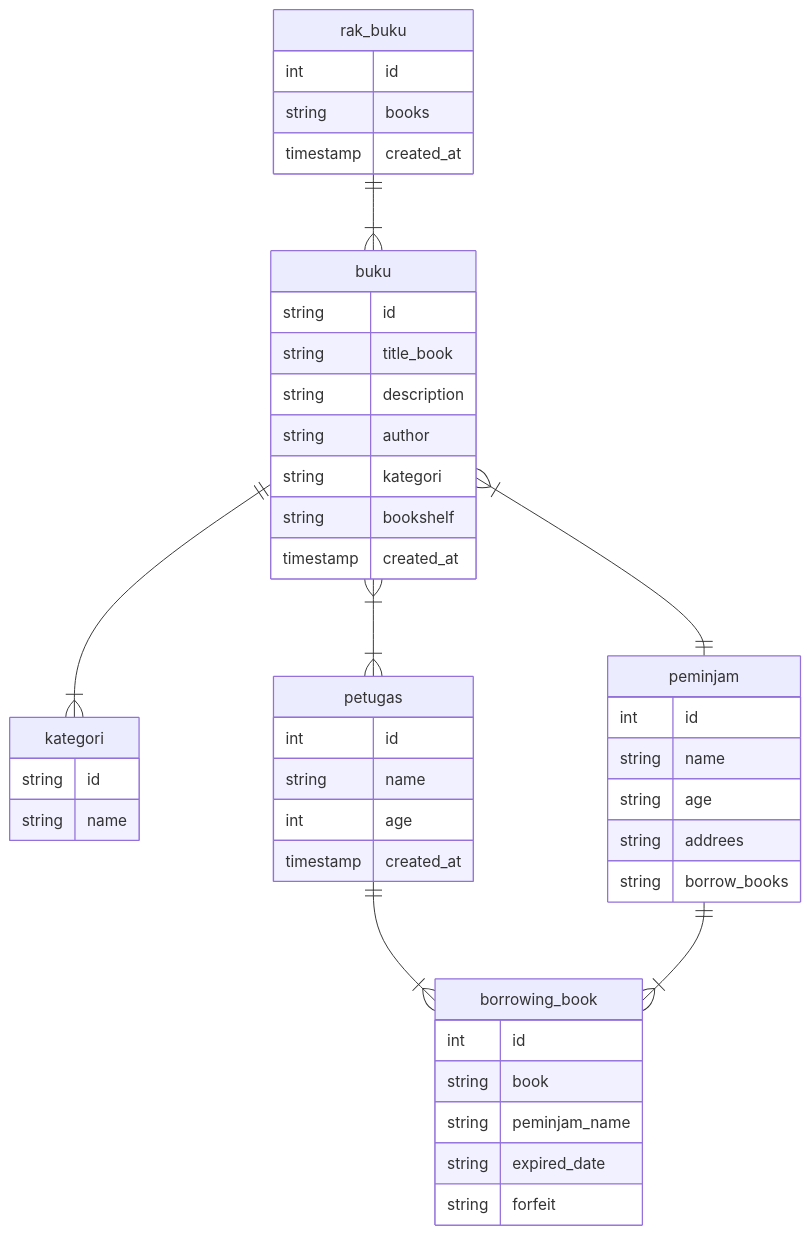
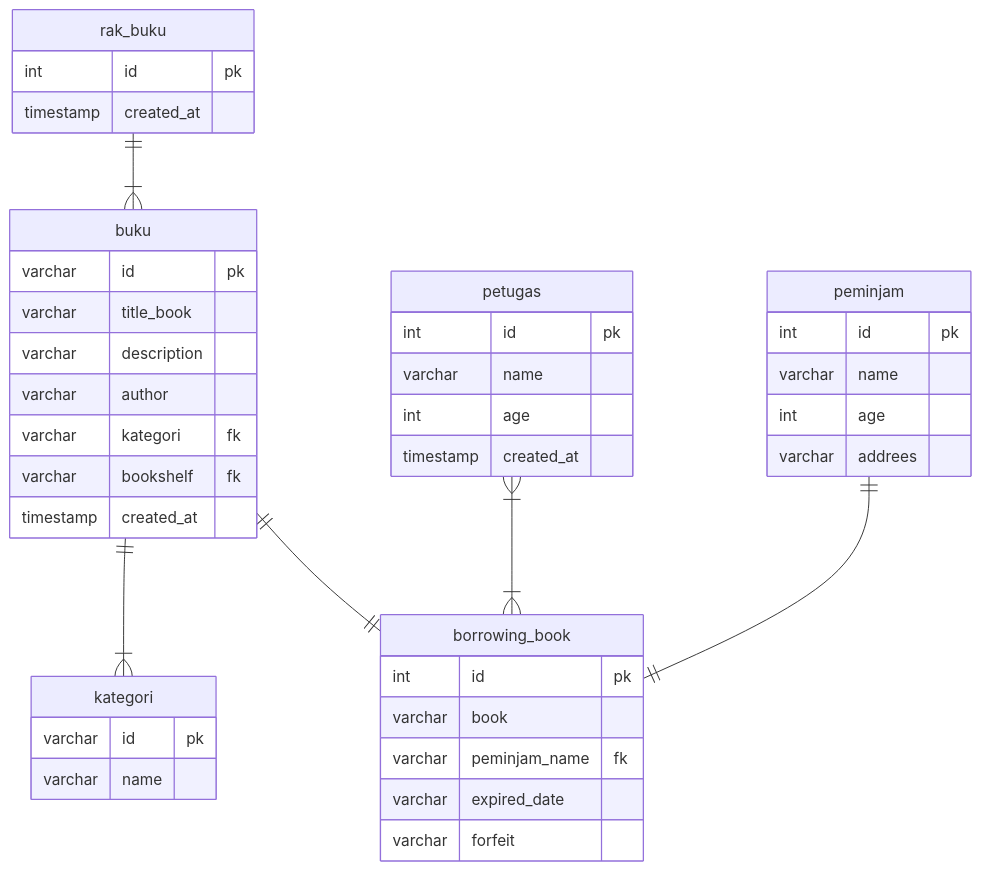
The diagram in README.md (AbiPasundan/koda-b6-db1), drawn with Mermaid before and after one commit. The commit also changed other lines of this file and 1 other file, not shown here.

Commit message:
feat: update erd

````diff
--- a/README.md
+++ b/README.md
@@ -22,51 +3,49 @@
 ```mermaid
 
 erDiagram
     buku ||--|{kategori: ""
-    buku }|--|{petugas: ""
-    buku }|--||peminjam: ""
+    petugas }|--|{borrowing_book: ""
+
     buku {
-        string id
-        string title_book
-        string description
-        string author
-        string kategori
-        string bookshelf
+        varchar id pk
+        varchar title_book
+        varchar description
+        varchar author
+        varchar kategori fk
+        varchar bookshelf fk
         timestamp created_at
     }
 
     kategori {
-        string id
-        string name
+        varchar id pk
+        varchar name
     }
 
     rak_buku||--|{buku : ""
     rak_buku {
-        int id
-        string books
+        int id pk
         timestamp created_at
     }
-    petugas||--|{borrowing_book : ""
     petugas {
-        int id
-        string name
+        int id pk
+        varchar name
         int age
         timestamp created_at
     }
-    peminjam||--|{borrowing_book : ""
+    peminjam ||--||borrowing_book: ""
     peminjam {
-        int id
-        string name
-        string age
-        string addrees
-        string borrow_books
+        int id pk
+        varchar name
+        int age
+        varchar addrees
     }
 
+    buku ||--||borrowing_book: ""
     borrowing_book {
-        int id
-        string book
-        string peminjam_name
-        string expired_date
-        string forfeit
+        int id pk
+        varchar book
+        varchar peminjam_name fk
+        varchar expired_date
+        varchar forfeit
     }
 ```
````
